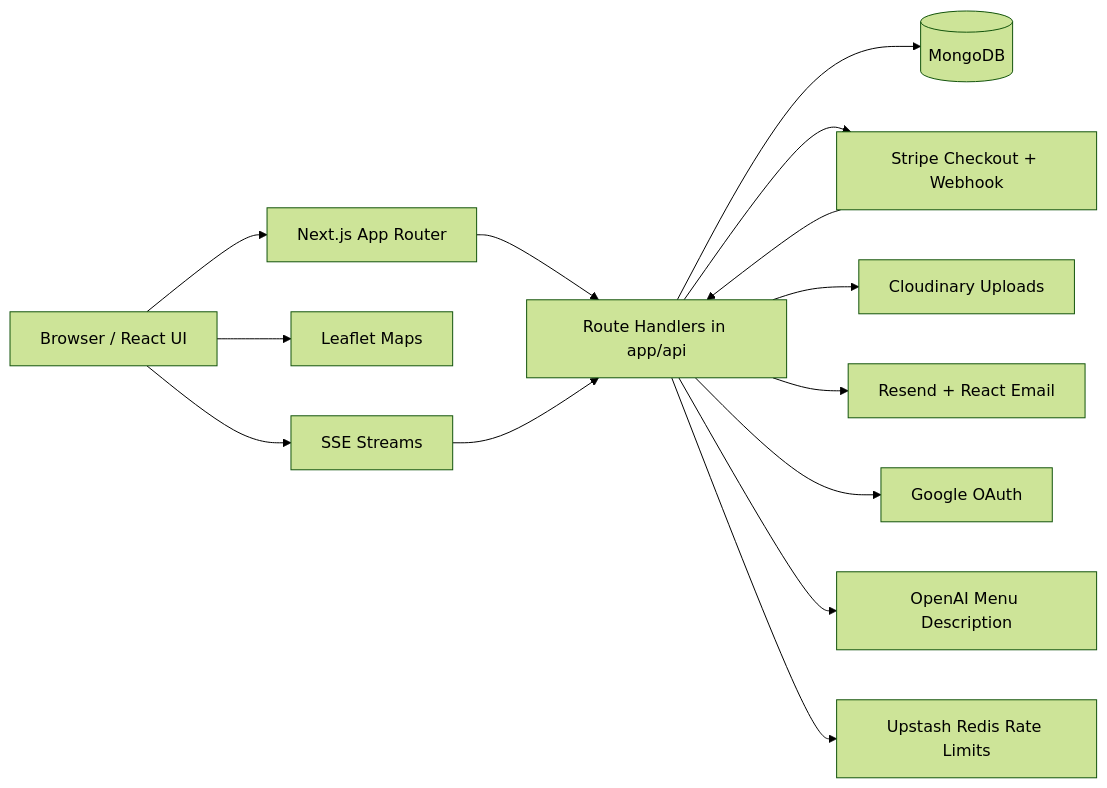
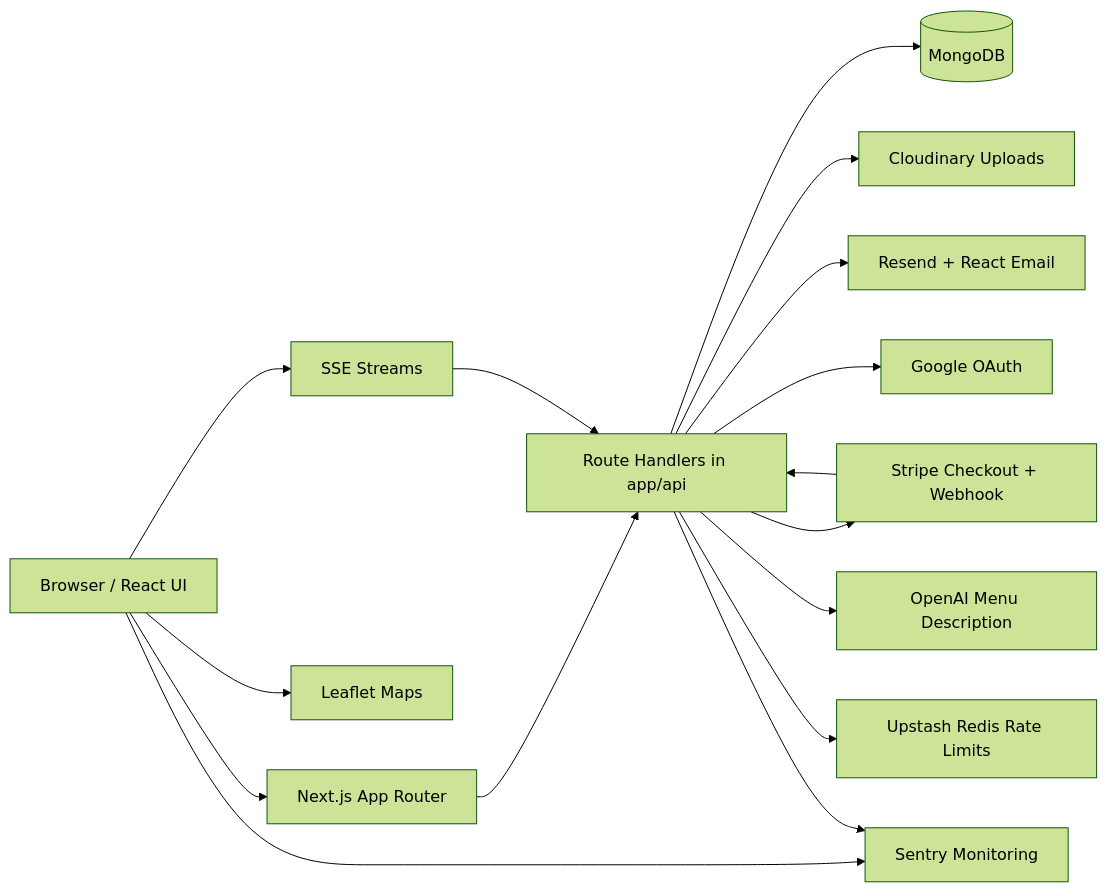
One commit to kimamovic21/food-ordering-app-nextjs-cwd-yt-2023 changed the first of 9 diagrams in ARCHITECTURE.md. Above: the diagram before and after it, drawn with Mermaid (forest theme). The commit also changed other lines of this file and 22 other files, not shown here.

First line of the commit message:
Add Sentry monitoring

````diff
--- a/ARCHITECTURE.md
+++ b/ARCHITECTURE.md
@@ -9,29 +9,32 @@
 ```mermaid
 flowchart LR
   Browser[Browser / React UI]
   NextApp[Next.js App Router]
   Api[Route Handlers in app/api]
   Mongo[(MongoDB)]
   Stripe[Stripe Checkout + Webhook]
   Cloudinary[Cloudinary Uploads]
   Resend[Resend + React Email]
   Google[Google OAuth]
   OpenAI[OpenAI Menu Description]
   Redis[Upstash Redis Rate Limits]
   Maps[Leaflet Maps]
   SSE[SSE Streams]
+  Sentry[Sentry Monitoring]
 
   Browser --> NextApp
   NextApp --> Api
   Api --> Mongo
   Api --> Stripe
   Api --> Cloudinary
   Api --> Resend
   Api --> Google
   Api --> OpenAI
   Api --> Redis
   Browser --> Maps
   Browser --> SSE
   SSE --> Api
+  Browser --> Sentry
+  Api --> Sentry
   Stripe --> Api
 ```
````
